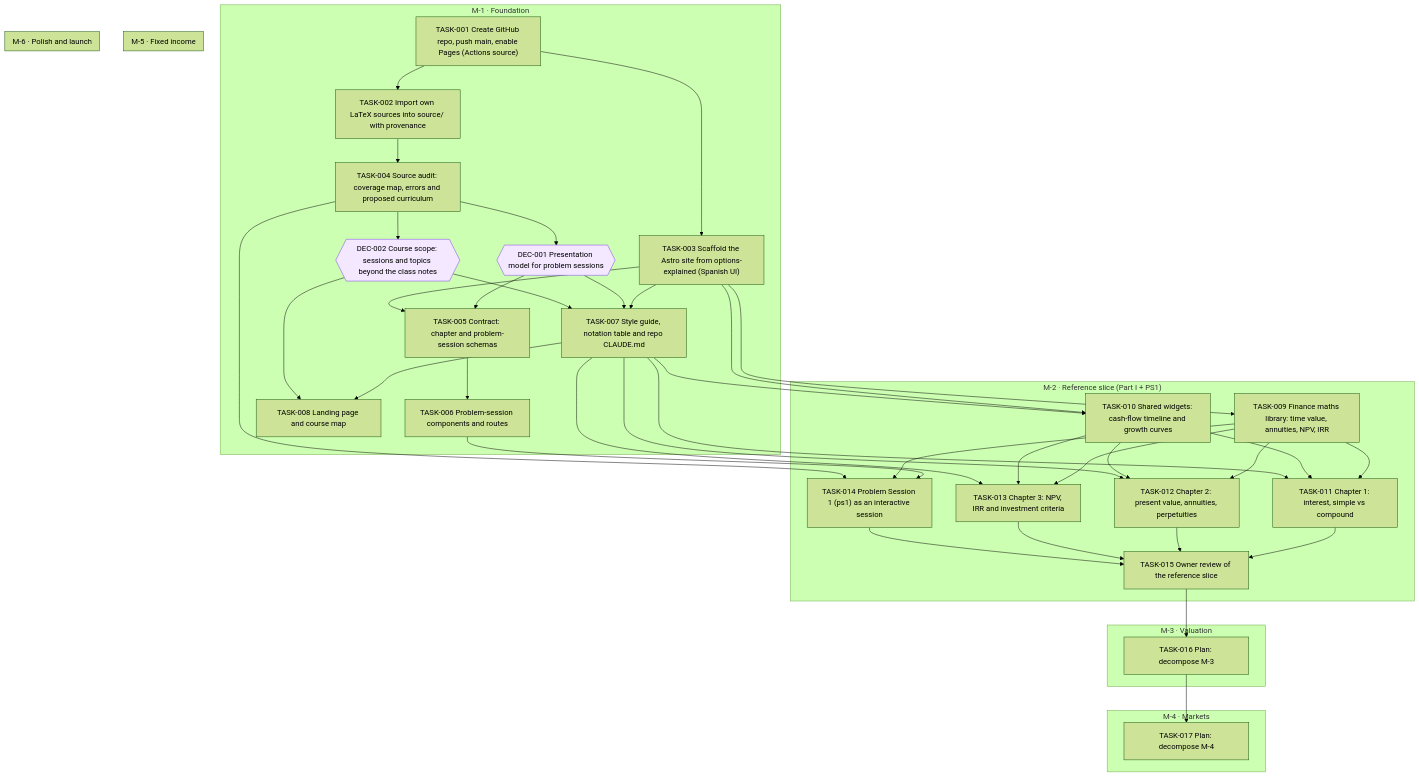
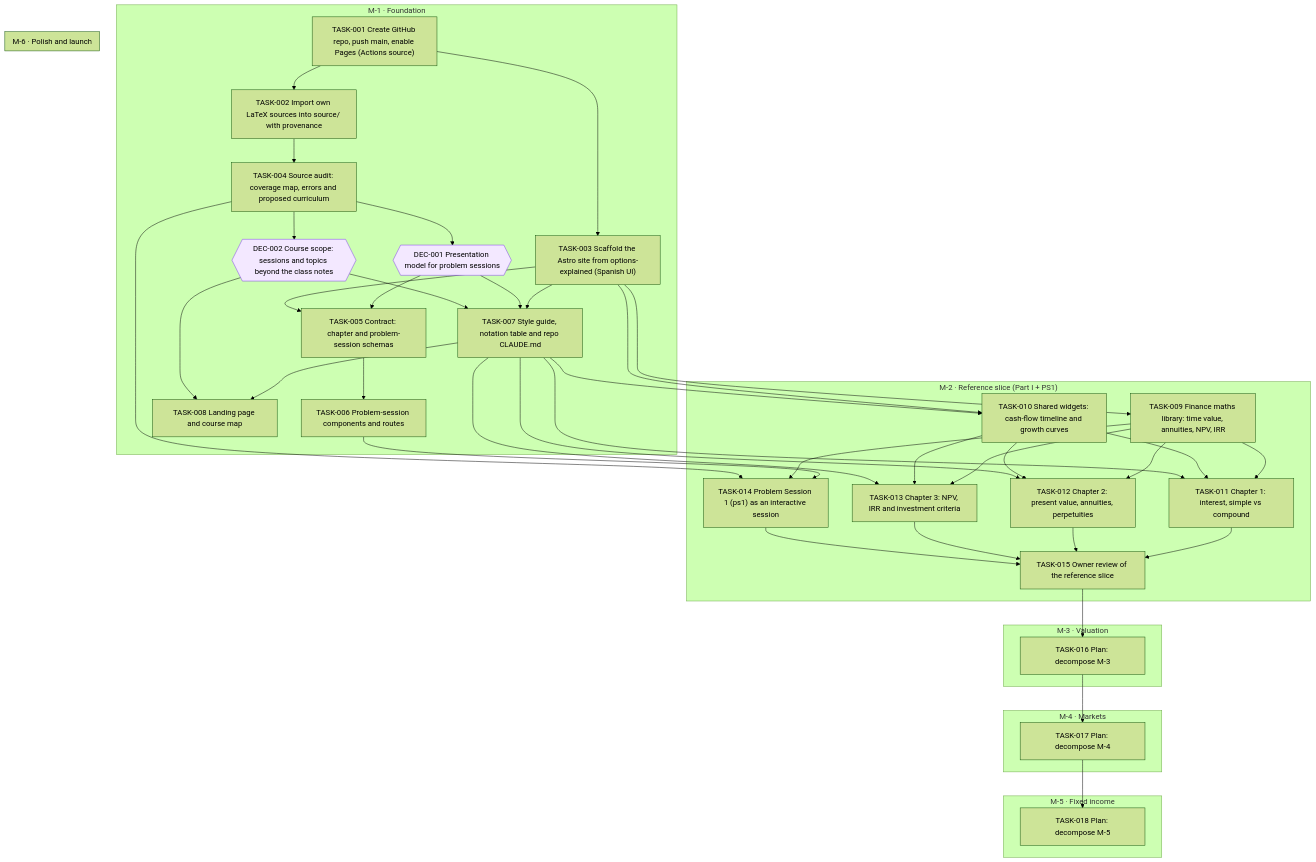
One commit to jesusvillota/economia-financiera changed the diagram in goals/course-site/README.md. Above: the diagram before and after it, drawn with Mermaid (forest theme). The commit also changed 1 other file, not shown here.

Commit message:
goal(course-site): add TASK-018 Plan: decompose M-5

````diff
--- a/goals/course-site/README.md
+++ b/goals/course-site/README.md
@@ -19,73 +19,75 @@
 ```mermaid
 flowchart TD
   subgraph M_1["M-1 · Foundation"]
     DEC_001{{"DEC-001 Presentation model for problem sessions"}}
     DEC_002{{"DEC-002 Course scope: sessions and topics beyond the class notes"}}
     TASK_001["TASK-001 Create GitHub repo, push main, enable Pages (Actions source)"]
     TASK_002["TASK-002 Import own LaTeX sources into source/ with provenance"]
     TASK_003["TASK-003 Scaffold the Astro site from options-explained (Spanish UI)"]
     TASK_004["TASK-004 Source audit: coverage map, errors and proposed curriculum"]
     TASK_005["TASK-005 Contract: chapter and problem-session schemas"]
     TASK_006["TASK-006 Problem-session components and routes"]
     TASK_007["TASK-007 Style guide, notation table and repo CLAUDE.md"]
     TASK_008["TASK-008 Landing page and course map"]
   end
   subgraph M_2["M-2 · Reference slice (Part I + PS1)"]
     TASK_009["TASK-009 Finance maths library: time value, annuities, NPV, IRR"]
     TASK_010["TASK-010 Shared widgets: cash-flow timeline and growth curves"]
     TASK_011["TASK-011 Chapter 1: interest, simple vs compound"]
     TASK_012["TASK-012 Chapter 2: present value, annuities, perpetuities"]
     TASK_013["TASK-013 Chapter 3: NPV, IRR and investment criteria"]
     TASK_014["TASK-014 Problem Session 1 (ps1) as an interactive session"]
     TASK_015["TASK-015 Owner review of the reference slice"]
   end
   subgraph M_3["M-3 · Valuation"]
     TASK_016["TASK-016 Plan: decompose M-3"]
   end
   subgraph M_4["M-4 · Markets"]
     TASK_017["TASK-017 Plan: decompose M-4"]
   end
   subgraph M_5["M-5 · Fixed income"]
+    TASK_018["TASK-018 Plan: decompose M-5"]
   end
   subgraph M_6["M-6 · Polish and launch"]
   end
   TASK_004 --> DEC_001
   TASK_004 --> DEC_002
   TASK_001 --> TASK_002
   TASK_001 --> TASK_003
   TASK_002 --> TASK_004
   DEC_001 --> TASK_005
   TASK_003 --> TASK_005
   TASK_005 --> TASK_006
   TASK_003 --> TASK_007
   DEC_001 --> TASK_007
   DEC_002 --> TASK_007
   TASK_007 --> TASK_008
   DEC_002 --> TASK_008
   TASK_003 --> TASK_009
   TASK_003 --> TASK_010
   TASK_007 --> TASK_010
   TASK_009 --> TASK_011
   TASK_010 --> TASK_011
   TASK_007 --> TASK_011
   TASK_009 --> TASK_012
   TASK_010 --> TASK_012
   TASK_007 --> TASK_012
   TASK_009 --> TASK_013
   TASK_010 --> TASK_013
   TASK_007 --> TASK_013
   TASK_006 --> TASK_014
   TASK_009 --> TASK_014
   TASK_004 --> TASK_014
   TASK_011 --> TASK_015
   TASK_012 --> TASK_015
   TASK_013 --> TASK_015
   TASK_014 --> TASK_015
   TASK_015 --> TASK_016
   TASK_016 --> TASK_017
+  TASK_017 --> TASK_018
   classDef draft stroke-dasharray: 4 3
   classDef cancelled opacity:0.45
   classDef decision fill:#f3e8ff,stroke:#7c3aed
   class DEC_001 decision
   class DEC_002 decision
 ```
````
